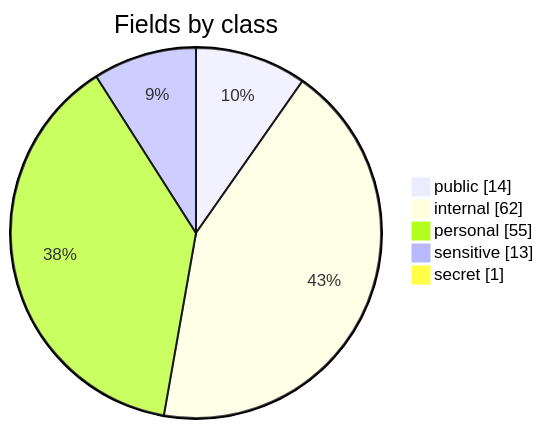
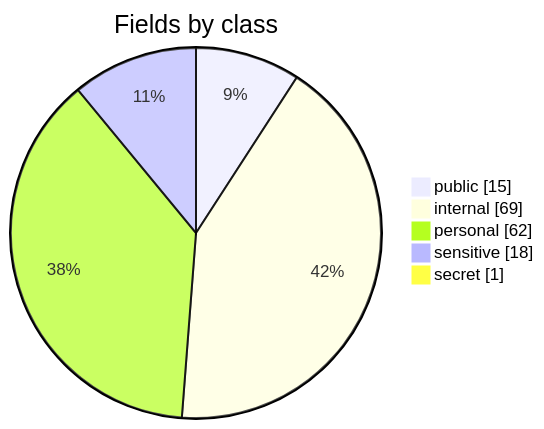
One commit to russlittle/ZTHR changed the first of 10 diagrams in docs/flows/sensitive-data.md. Above: the diagram before and after it, drawn with Mermaid. The commit also changed other lines of this file and 573 other files, not shown here.

````diff
--- a/docs/flows/sensitive-data.md
+++ b/docs/flows/sensitive-data.md
@@ -21,8 +21,8 @@
 ```mermaid
 pie showData title Fields by class
-  "public" : 14
-  "internal" : 62
-  "personal" : 55
-  "sensitive" : 13
+  "public" : 15
+  "internal" : 69
+  "personal" : 62
+  "sensitive" : 18
   "secret" : 1
 ```
````
